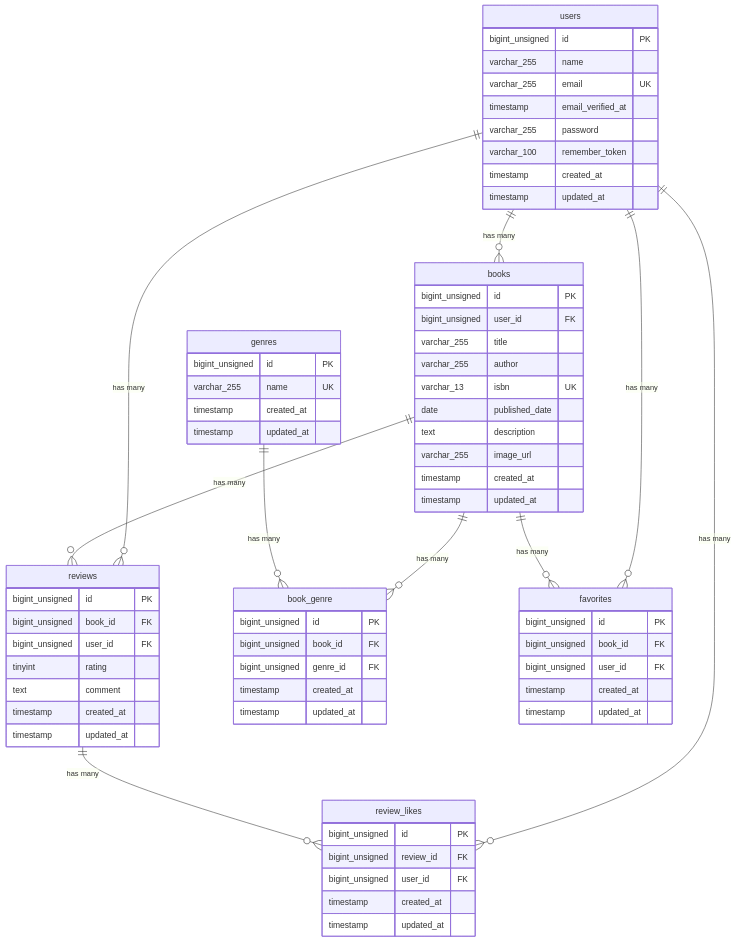
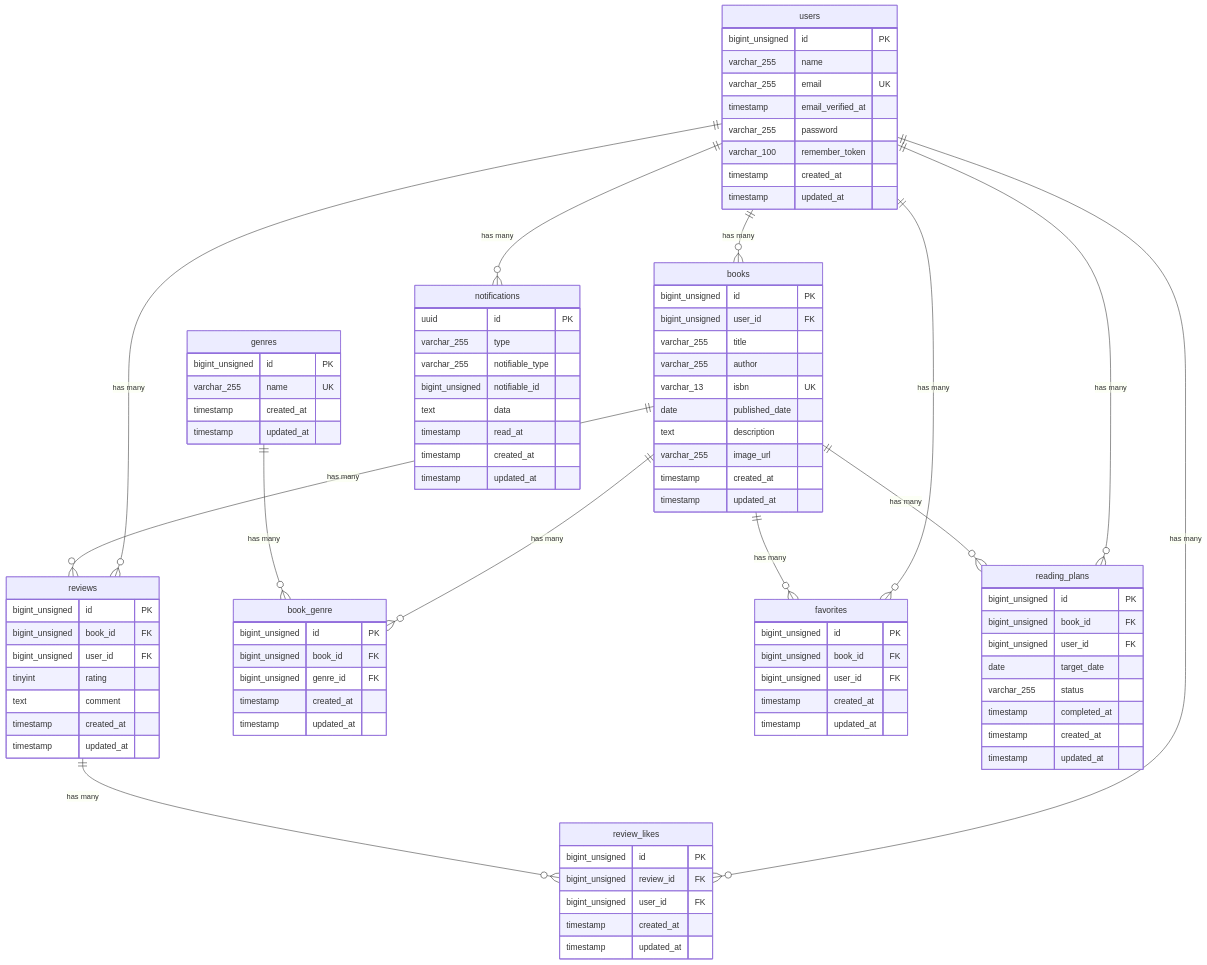
Before and after one commit to akasho326/bookshelf-app: the diagram in README.md, drawn with Mermaid. The commit also changed other lines of this file and 28 other files, not shown here.

````diff
--- a/README.md
+++ b/README.md
@@ -89,13 +89,38 @@
         timestamp updated_at
     }
 
+    reading_plans {
+        bigint_unsigned id PK
+        bigint_unsigned book_id FK
+        bigint_unsigned user_id FK
+        date target_date
+        varchar_255 status
+        timestamp completed_at
+        timestamp created_at
+        timestamp updated_at
+    }
+
+    notifications {
+        uuid id PK
+        varchar_255 type
+        varchar_255 notifiable_type
+        bigint_unsigned notifiable_id
+        text data
+        timestamp read_at
+        timestamp created_at
+        timestamp updated_at
+    }
+
     users ||--o{ books : "has many"
     users ||--o{ reviews : "has many"
     users ||--o{ review_likes : "has many"
     users ||--o{ favorites : "has many"
+    users ||--o{ reading_plans : "has many"
+    users ||--o{ notifications : "has many"
     books ||--o{ reviews : "has many" 
     books ||--o{ favorites : "has many"
     books ||--o{ book_genre : "has many"
+    books ||--o{ reading_plans : "has many"
     genres ||--o{ book_genre : "has many"
     reviews ||--o{ review_likes : "has many"
 ```
````
